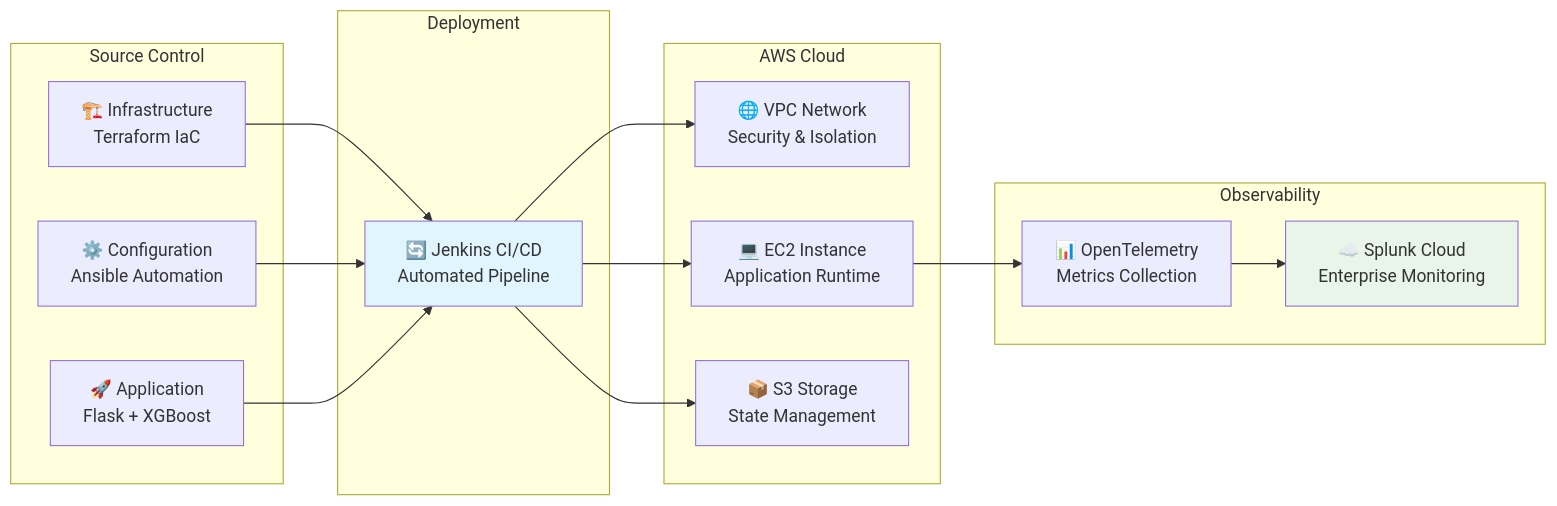
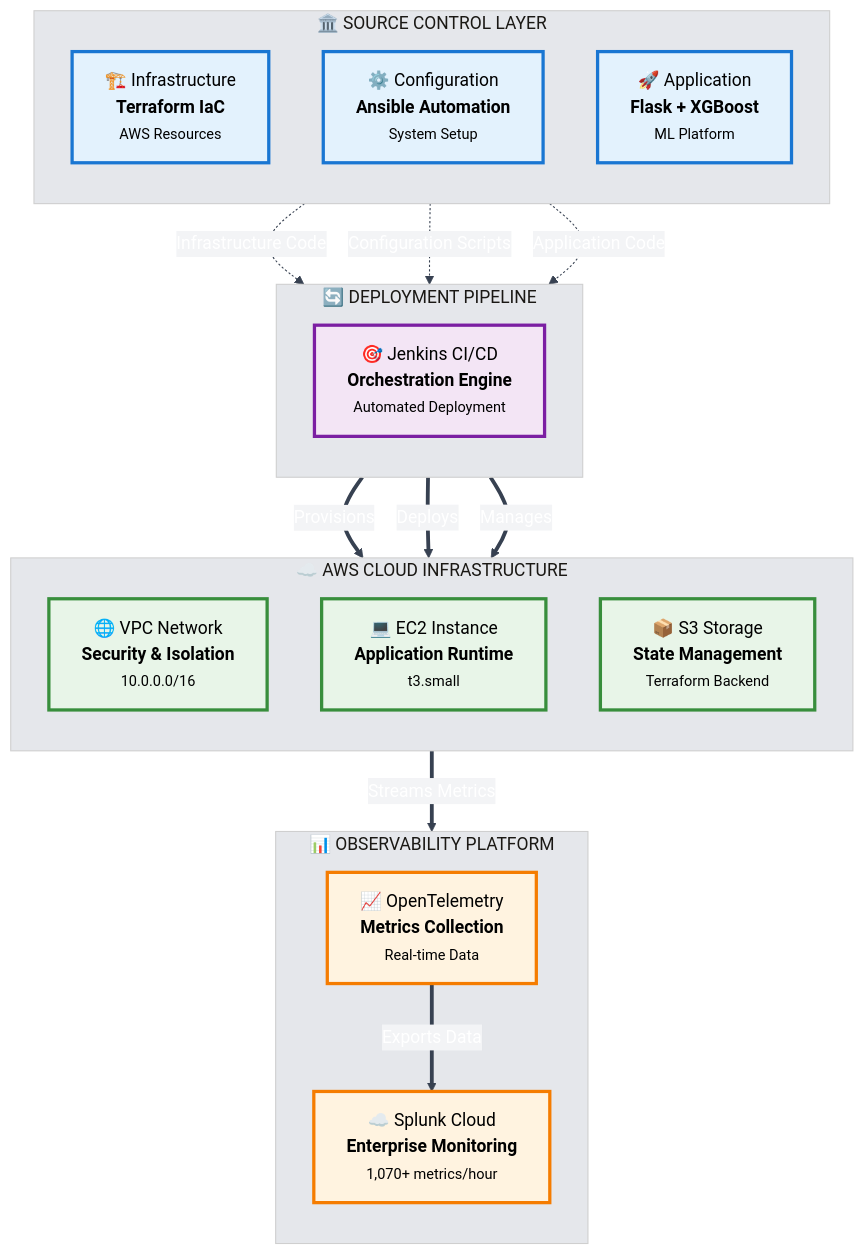
Before and after one commit to andreaendigital/CarPricePredictor-Demo: the first of 4 diagrams in docs/jenkins/DOCUMENTATION_FOR_EXPO.md, drawn with Mermaid.

Commit message:
docs: Enhance Enterprise Architecture Overview with professional styling
- Add custom enterprise theme with professional color scheme
- Implement layered architecture view with clear visual grouping
- Add technical specifications (VPC CIDR, instance types, metrics volume)
- Include labeled connections showing data flow relationships
- Apply professional styling with distinct color coding per layer
- Enhance typography with bold headers and descriptive subtitles
- Improve visual hierarchy for enterprise presentation standards

````diff
--- a/docs/jenkins/DOCUMENTATION_FOR_EXPO.md
+++ b/docs/jenkins/DOCUMENTATION_FOR_EXPO.md
@@ -54,37 +54,66 @@
 ```mermaid
-flowchart LR
-    subgraph "Source Control"
-        A[🏗️ Infrastructure<br/>Terraform IaC]
-        B[⚙️ Configuration<br/>Ansible Automation]
-        C[🚀 Application<br/>Flask + XGBoost]
+%%{init: {
+  'theme': 'base',
+  'themeVariables': {
+    'primaryColor': '#2563eb',
+    'primaryTextColor': '#ffffff',
+    'primaryBorderColor': '#1e40af',
+    'lineColor': '#374151',
+    'secondaryColor': '#f3f4f6',
+    'tertiaryColor': '#e5e7eb',
+    'background': '#ffffff',
+    'mainBkg': '#f8fafc',
+    'secondBkg': '#f1f5f9',
+    'tertiaryBkg': '#e2e8f0'
+  }
+}}%%
+
+flowchart TB
+    subgraph SC ["🏛️ SOURCE CONTROL LAYER"]
+        direction TB
+        A["🏗️ Infrastructure<br/><b>Terraform IaC</b><br/><small>AWS Resources</small>"]
+        B["⚙️ Configuration<br/><b>Ansible Automation</b><br/><small>System Setup</small>"]
+        C["🚀 Application<br/><b>Flask + XGBoost</b><br/><small>ML Platform</small>"]
     end
 
-    subgraph "Deployment"
-        D[🔄 Jenkins CI/CD<br/>Automated Pipeline]
+    subgraph DP ["🔄 DEPLOYMENT PIPELINE"]
+        direction TB
+        D["🎯 Jenkins CI/CD<br/><b>Orchestration Engine</b><br/><small>Automated Deployment</small>"]
     end
 
-    subgraph "AWS Cloud"
-        E[🌐 VPC Network<br/>Security & Isolation]
-        F[💻 EC2 Instance<br/>Application Runtime]
-        G[📦 S3 Storage<br/>State Management]
+    subgraph AWS ["☁️ AWS CLOUD INFRASTRUCTURE"]
+        direction TB
+        E["🌐 VPC Network<br/><b>Security & Isolation</b><br/><small>10.0.0.0/16</small>"]
+        F["💻 EC2 Instance<br/><b>Application Runtime</b><br/><small>t3.small</small>"]
+        G["📦 S3 Storage<br/><b>State Management</b><br/><small>Terraform Backend</small>"]
     end
 
-    subgraph "Observability"
-        H[📊 OpenTelemetry<br/>Metrics Collection]
-        I[☁️ Splunk Cloud<br/>Enterprise Monitoring]
+    subgraph OBS ["📊 OBSERVABILITY PLATFORM"]
+        direction TB
+        H["📈 OpenTelemetry<br/><b>Metrics Collection</b><br/><small>Real-time Data</small>"]
+        I["☁️ Splunk Cloud<br/><b>Enterprise Monitoring</b><br/><small>1,070+ metrics/hour</small>"]
     end
 
-    A --> D
-    B --> D
-    C --> D
+    %% Connections with labels
+    A -.->|"Infrastructure Code"| D
+    B -.->|"Configuration Scripts"| D
+    C -.->|"Application Code"| D
 
-    D --> E
-    D --> F
-    D --> G
+    D ==>|"Provisions"| E
+    D ==>|"Deploys"| F
+    D ==>|"Manages"| G
 
-    F --> H
-    H --> I
+    F ==>|"Streams Metrics"| H
+    H ==>|"Exports Data"| I
 
-    style D fill:#e1f5fe
-    style I fill:#e8f5e8
+    %% Professional styling
+    classDef sourceControl fill:#e3f2fd,stroke:#1976d2,stroke-width:3px,color:#000
+    classDef deployment fill:#f3e5f5,stroke:#7b1fa2,stroke-width:3px,color:#000
+    classDef aws fill:#e8f5e8,stroke:#388e3c,stroke-width:3px,color:#000
+    classDef observability fill:#fff3e0,stroke:#f57c00,stroke-width:3px,color:#000
+
+    class A,B,C sourceControl
+    class D deployment
+    class E,F,G aws
+    class H,I observability
 ```
````
